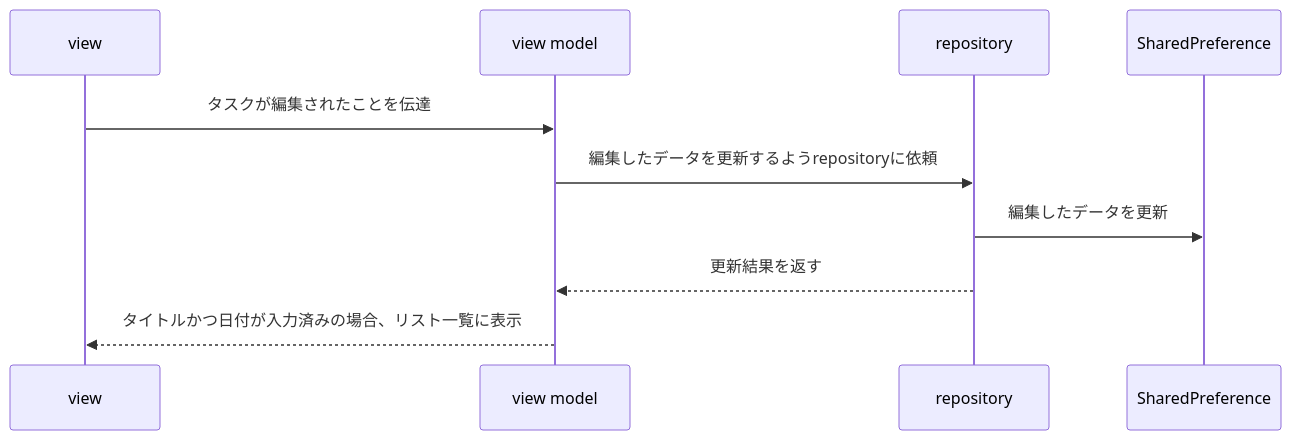
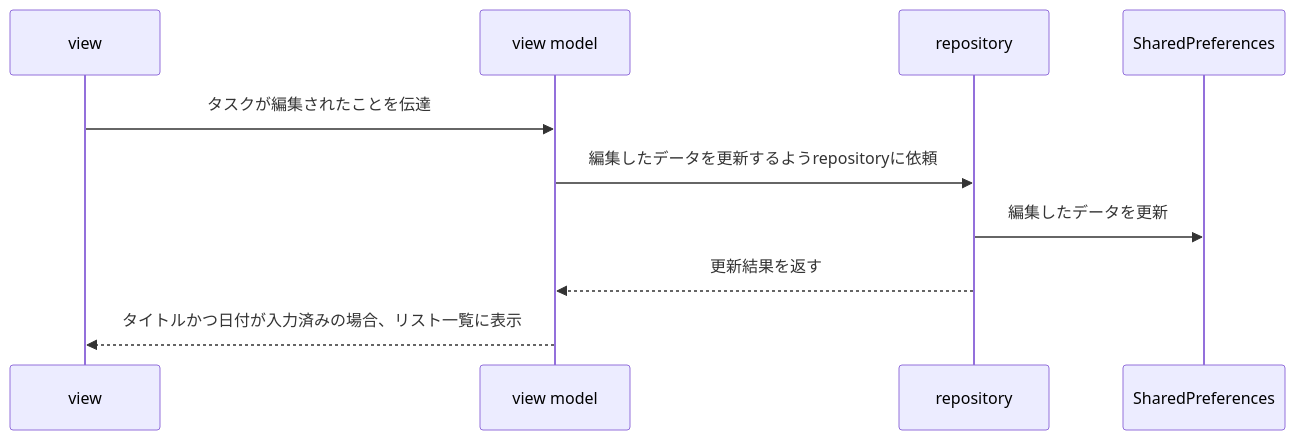
Before and after one commit to momotenn/todo-app: the fourth of 4 diagrams in README.md, drawn with Mermaid. The commit also changed other lines of this file, not shown here.

````diff
--- a/README.md
+++ b/README.md
@@ -49,8 +49,8 @@
 ```mermaid
 sequenceDiagram;
      view->>view model: タスクが編集されたことを伝達
      view model->>repository: 編集したデータを更新するようrepositoryに依頼
-     repository->>SharedPreference: 編集したデータを更新
+     repository->>SharedPreferences: 編集したデータを更新
      repository-->>view model:　更新結果を返す
      view model-->>view: タイトルかつ日付が入力済みの場合、リスト一覧に表示
 ```  
````
